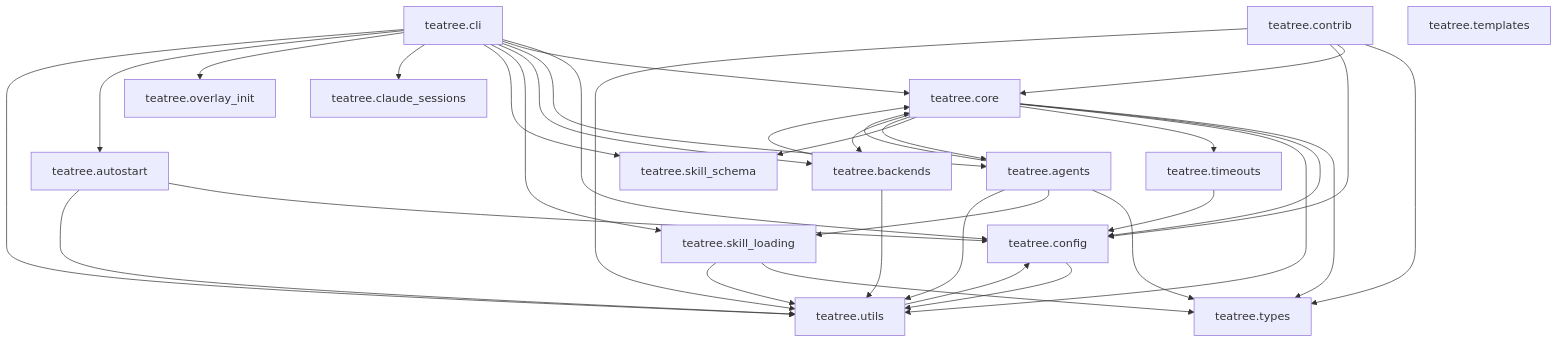
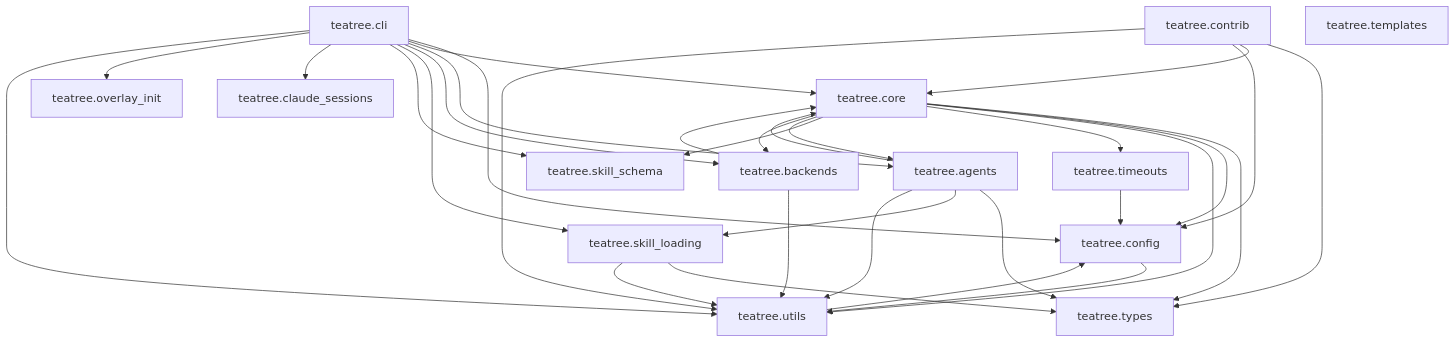
The sixth of 6 diagrams in BLUEPRINT.md (souliane/teatree), drawn with Mermaid before and after one commit. The commit also changed 3 other files, not shown here.

````diff
--- a/BLUEPRINT.md
+++ b/BLUEPRINT.md
@@ -1626,42 +1626,39 @@
 ```mermaid
 graph TD
     teatree.config --> teatree.utils
     teatree.utils --> teatree.config
-    teatree.autostart --> teatree.config
-    teatree.autostart --> teatree.utils
     teatree.timeouts --> teatree.config
     teatree.skill_loading --> teatree.types
     teatree.skill_loading --> teatree.utils
     teatree.core --> teatree.types
     teatree.core --> teatree.config
     teatree.core --> teatree.utils
     teatree.core --> teatree.timeouts
     teatree.core --> teatree.skill_schema
     teatree.core --> teatree.agents
     teatree.core --> teatree.backends
     teatree.agents --> teatree.types
     teatree.agents --> teatree.core
     teatree.agents --> teatree.skill_loading
     teatree.agents --> teatree.utils
     teatree.backends --> teatree.utils
     teatree.backends --> teatree.core
     teatree.contrib --> teatree.types
     teatree.contrib --> teatree.core
     teatree.contrib --> teatree.config
     teatree.contrib --> teatree.utils
     teatree.cli --> teatree.config
     teatree.cli --> teatree.core
     teatree.cli --> teatree.agents
     teatree.cli --> teatree.backends
     teatree.cli --> teatree.skill_loading
     teatree.cli --> teatree.skill_schema
     teatree.cli --> teatree.claude_sessions
     teatree.cli --> teatree.overlay_init
-    teatree.cli --> teatree.autostart
     teatree.cli --> teatree.utils
     teatree.types
     teatree.templates
     teatree.claude_sessions
     teatree.overlay_init
     teatree.skill_schema
 ```
````
